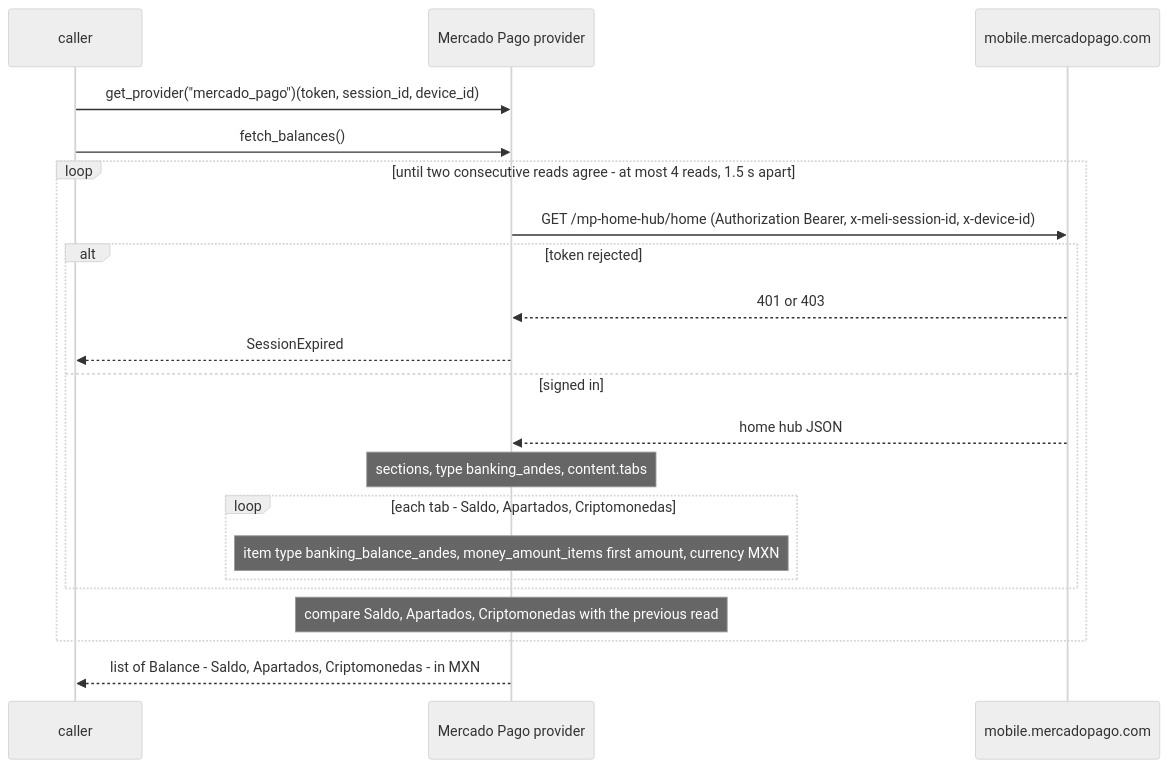
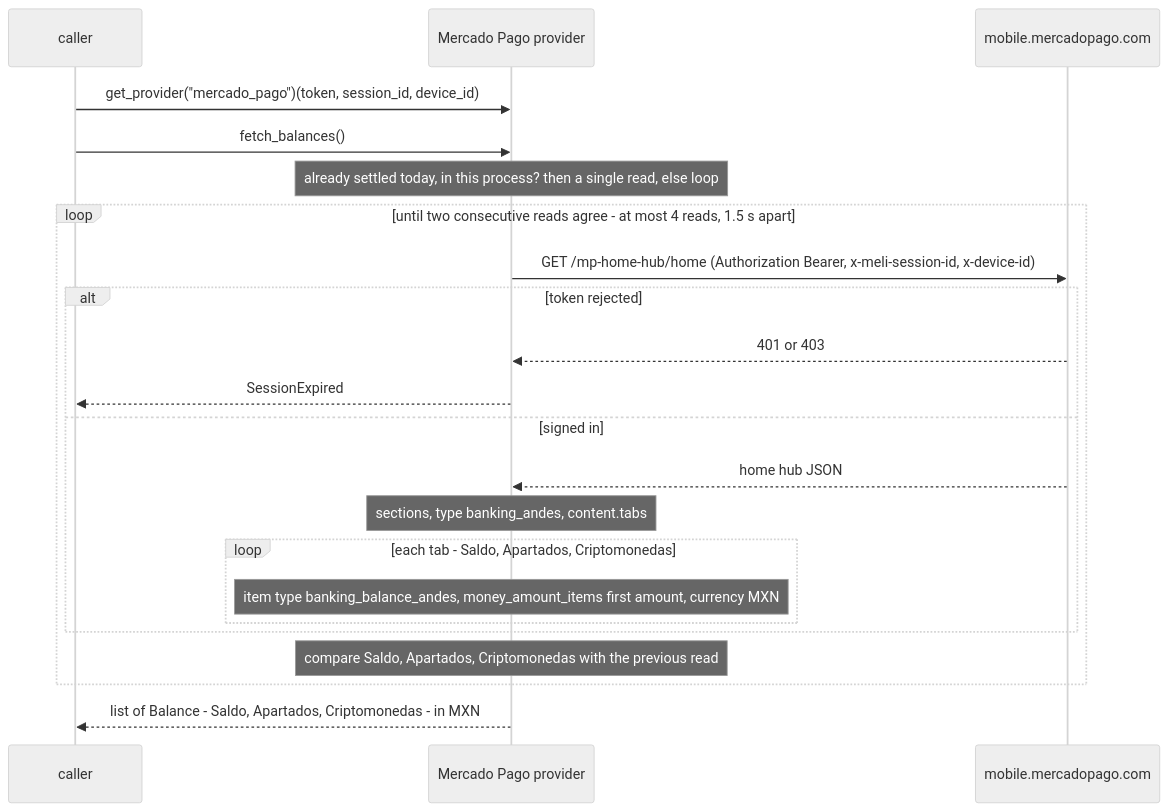
The second of 2 diagrams in docs/flows/mercado_pago.md (PaoloReyes/finscraper-mx), drawn with Mermaid (neutral theme) before and after one commit. The commit also changed other lines of this file and 2 other files, not shown here.

First line of the commit message:
Mercado Pago: reconcile only the day's first read

````diff
--- a/docs/flows/mercado_pago.md
+++ b/docs/flows/mercado_pago.md
@@ -33,24 +34,25 @@
 ```mermaid
 sequenceDiagram
   participant C as caller
   participant P as Mercado Pago provider
   participant S as mobile.mercadopago.com
 
   C->>P: get_provider("mercado_pago")(token, session_id, device_id)
   C->>P: fetch_balances()
+  Note over P: already settled today, in this process? then a single read, else loop
   loop until two consecutive reads agree - at most 4 reads, 1.5 s apart
     P->>S: GET /mp-home-hub/home  (Authorization Bearer, x-meli-session-id, x-device-id)
     alt token rejected
       S-->>P: 401 or 403
       P-->>C: SessionExpired
     else signed in
       S-->>P: home hub JSON
       Note over P: sections, type banking_andes, content.tabs
       loop each tab - Saldo, Apartados, Criptomonedas
         Note over P: item type banking_balance_andes, money_amount_items first amount, currency MXN
       end
     end
     Note over P: compare Saldo, Apartados, Criptomonedas with the previous read
   end
   P-->>C: list of Balance - Saldo, Apartados, Criptomonedas - in MXN
 ```
````
